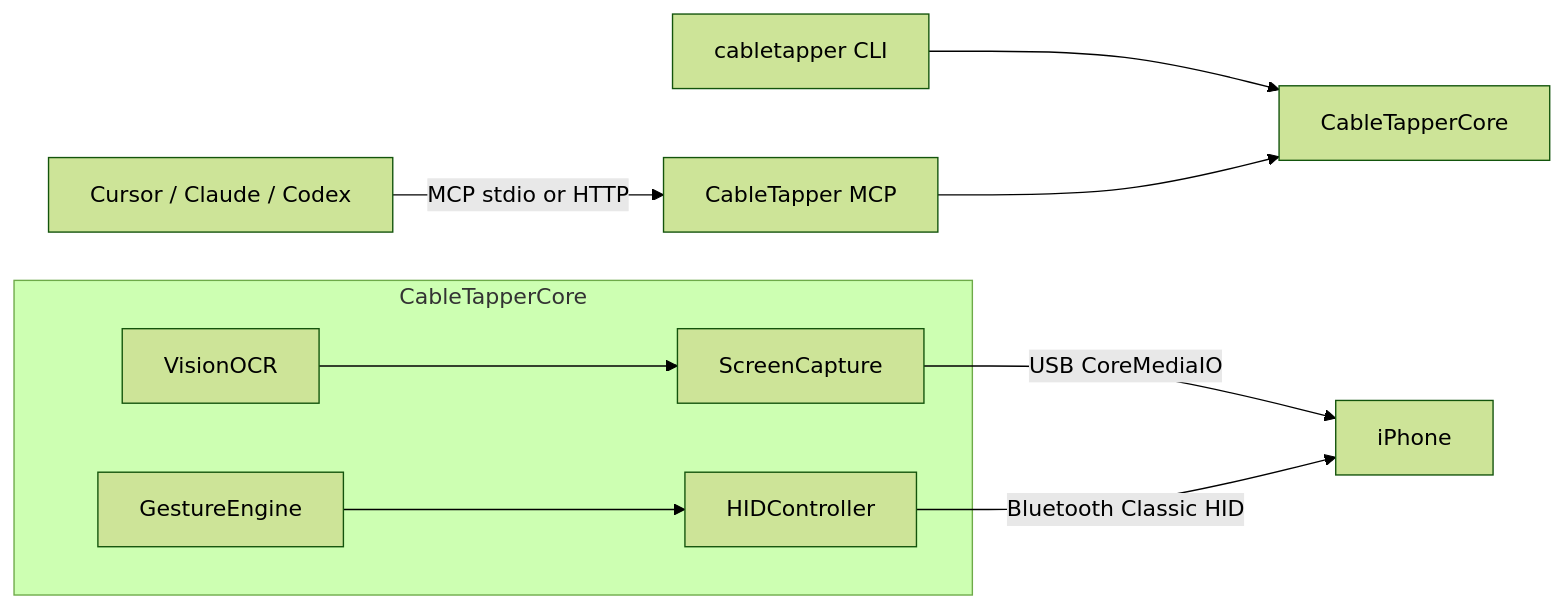
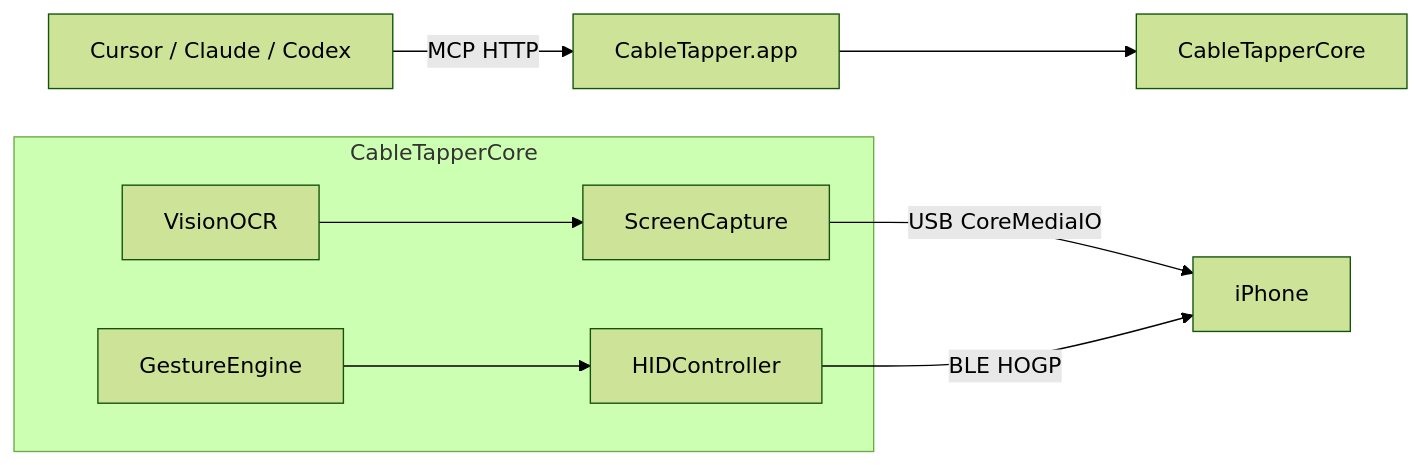
The diagram in README.md (James-chok/CableTapper), drawn with Mermaid (forest theme) before and after one commit. The commit also changed other lines of this file and 17 other files, not shown here.

First line of the commit message:
feat: replace the CLI with a Mac app that serves MCP

````diff
--- a/README.md
+++ b/README.md
@@ -15,16 +16,15 @@
 ```mermaid
 flowchart LR
-  Agent["Cursor / Claude / Codex"] -->|"MCP stdio or HTTP"| MCP["CableTapper MCP"]
-  CLI["cabletapper CLI"] --> Core["CableTapperCore"]
-  MCP --> Core
+  Agent["Cursor / Claude / Codex"] -->|"MCP HTTP"| App["CableTapper.app"]
+  App --> Core["CableTapperCore"]
   subgraph core [CableTapperCore]
     Screen["ScreenCapture"]
     Gestures["GestureEngine"]
     HID["HIDController"]
     OCR["VisionOCR"]
   end
   Screen -->|"USB CoreMediaIO"| iPhone["iPhone"]
   Gestures --> HID
-  HID -->|"Bluetooth Classic HID"| iPhone
+  HID -->|"BLE HOGP"| iPhone
   OCR --> Screen
 ```
````
